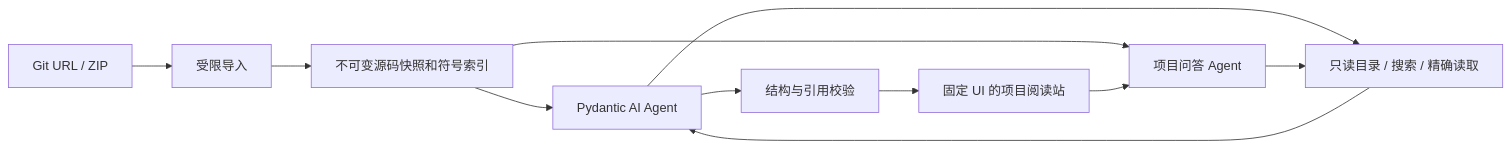
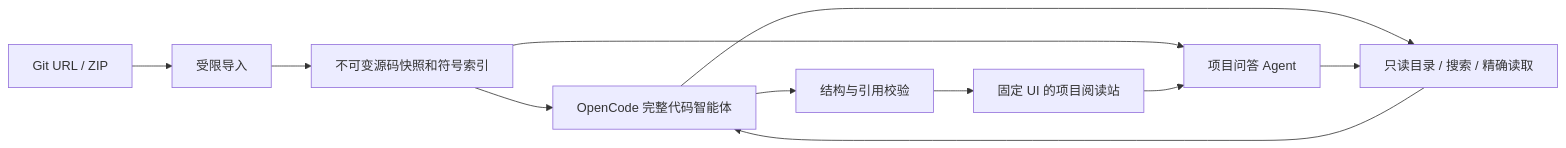
The diagram in docs/architecture.md (umuo/coding-dev-wiki), drawn with Mermaid before and after one commit. The commit also changed other lines of this file and 21 other files, not shown here.

Commit message:
refactor: 使用 OpenCode 完整运行时执行仓库分析

````diff
--- a/docs/architecture.md
+++ b/docs/architecture.md
@@ -22,13 +22,13 @@
 ```mermaid
 flowchart LR
     U[Git URL / ZIP] --> I[受限导入]
     I --> S[不可变源码快照和符号索引]
-    S --> A[Pydantic AI Agent]
+    S --> A[OpenCode 完整代码智能体]
     A --> T[只读目录 / 搜索 / 精确读取]
     T --> A
     A --> V[结构与引用校验]
     V --> R[固定 UI 的项目阅读站]
     S --> Q[项目问答 Agent]
     R --> Q
     Q --> T
 ```
````
